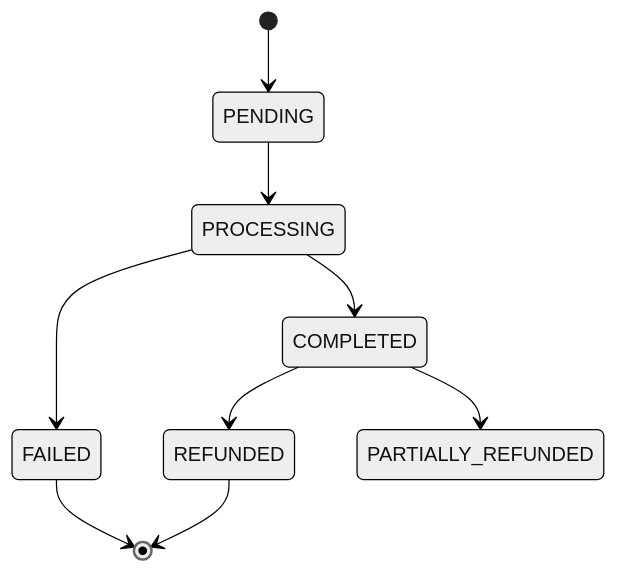
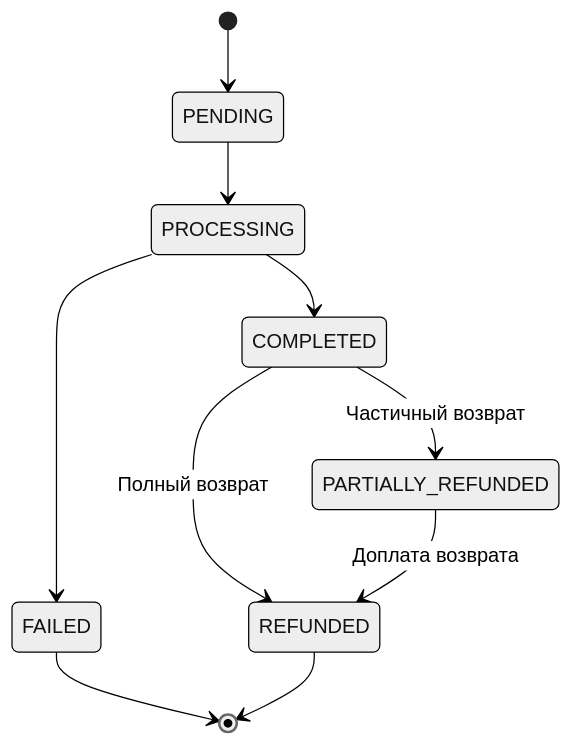
One commit to egorov-ma/aqstream changed diagram 16 of 23 in docs/data/domain-model.md. Above: the diagram before and after it, drawn with Mermaid (neutral theme). The commit also changed other lines of this file and 47 other files, not shown here.

````diff
--- a/docs/data/domain-model.md
+++ b/docs/data/domain-model.md
@@ -445,11 +600,12 @@
 ```mermaid
 stateDiagram-v2
     [*] --> PENDING
     PENDING --> PROCESSING
     PROCESSING --> COMPLETED
     PROCESSING --> FAILED
-    COMPLETED --> REFUNDED
-    COMPLETED --> PARTIALLY_REFUNDED
+    COMPLETED --> REFUNDED: Полный возврат
+    COMPLETED --> PARTIALLY_REFUNDED: Частичный возврат
+    PARTIALLY_REFUNDED --> REFUNDED: Доплата возврата
     FAILED --> [*]
     REFUNDED --> [*]
 ```
````
